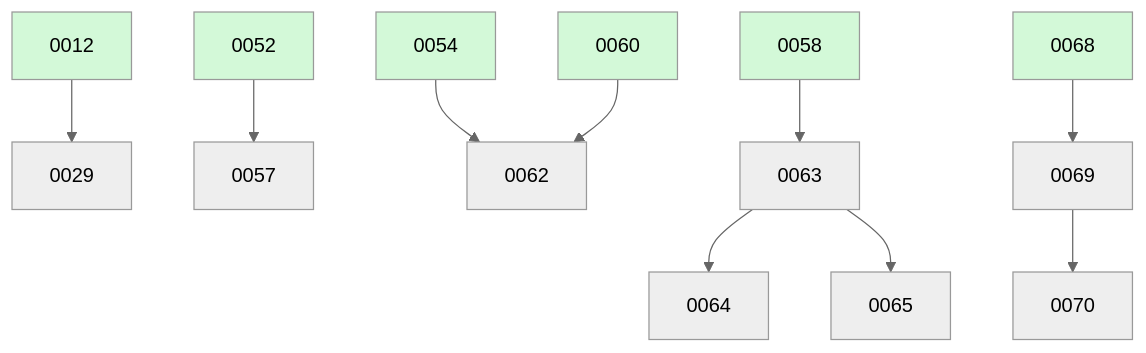
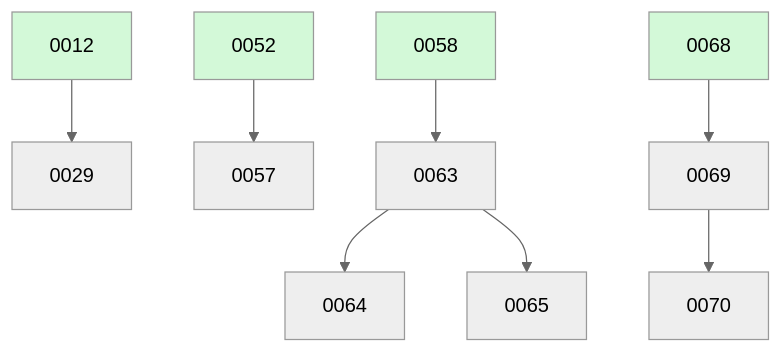
Before and after one commit to ethanhinson/fuse: the diagram in docs/changes/BOARD.md, drawn with Mermaid (neutral theme). The commit also changed other lines of this file, not shown here.

````diff
--- a/docs/changes/BOARD.md
+++ b/docs/changes/BOARD.md
@@ -28,19 +22,15 @@
 ```mermaid
 graph TD
   0012 --> 0029
   0052 --> 0057
-  0054 --> 0062
-  0060 --> 0062
   0058 --> 0063
   0063 --> 0064
   0063 --> 0065
   0068 --> 0069
   0069 --> 0070
   0012:::done
   0052:::done
-  0054:::done
   0058:::done
-  0060:::done
   0068:::done
   classDef done fill:#d3f9d8;
 ```
````
